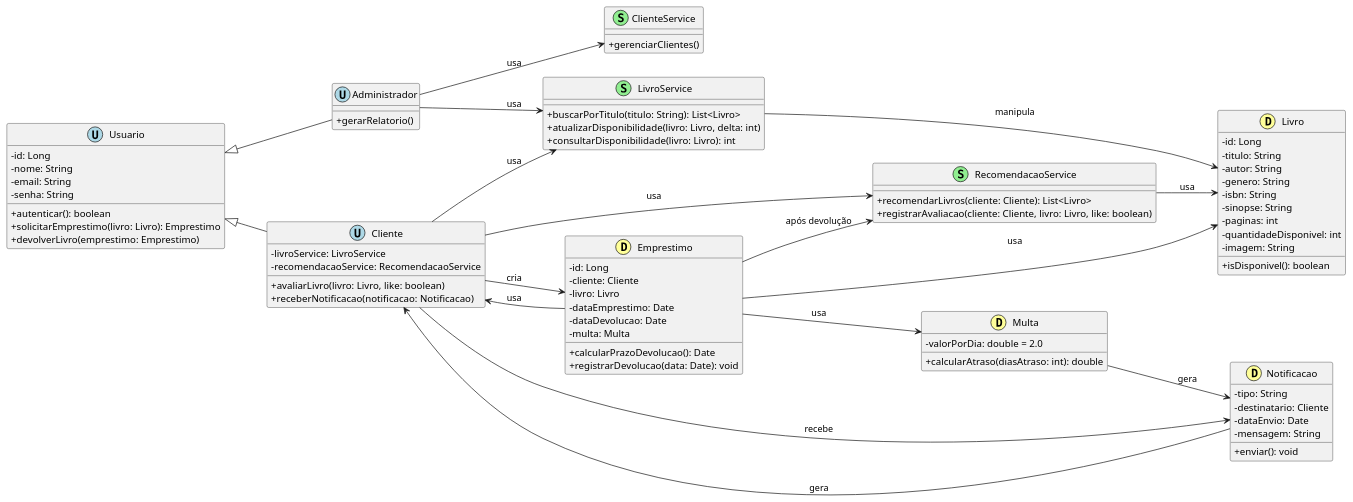
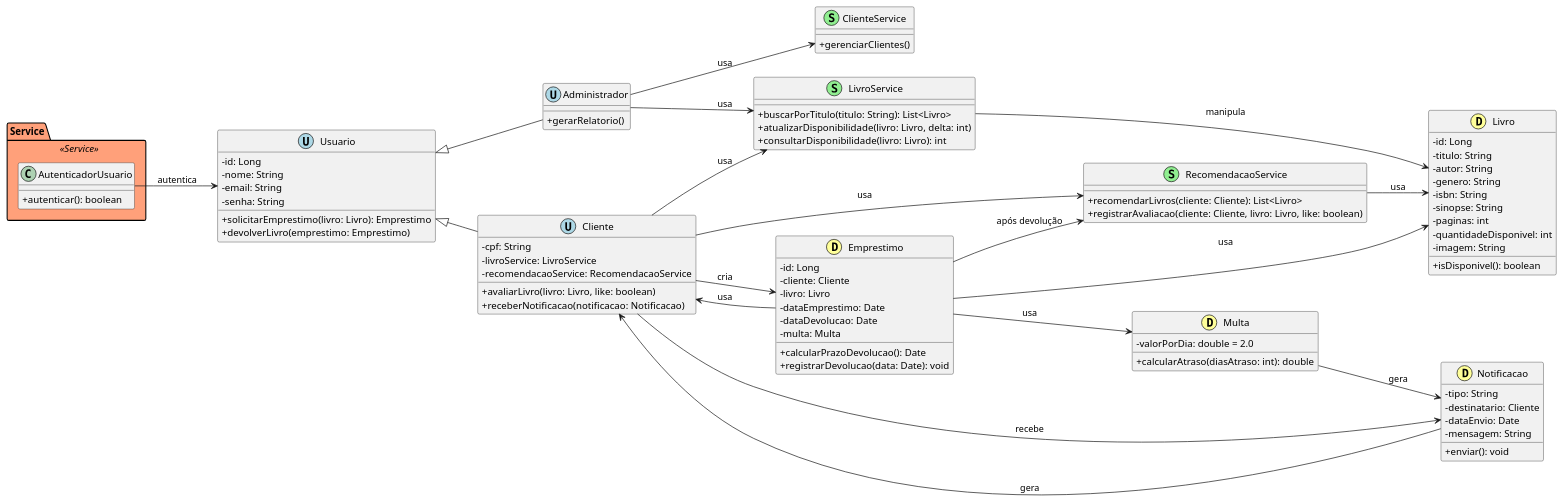
The diagram in docs/uml/class-diagram/class-diagram-2.0.puml (nyckturbina/e-library), drawn with PlantUML before and after one commit. The commit also changed 2 other files, not shown here.

Commit message:
refactor: class-diagram
- cpf

```diff
--- a/docs/uml/class-diagram/class-diagram-2.0.puml
+++ b/docs/uml/class-diagram/class-diagram-2.0.puml
@@ -1,108 +1,120 @@
-@startuml
+@startuml "Diagrama de Classe"
 skinparam classAttributeIconSize 0
 left to right direction
+
+skinparam package {
+    BackgroundColor<<Service>> LightSalmon
+}
+
+package "Service" <<Service>> {
+    class AutenticadorUsuario {
+        +autenticar(): boolean
+    }
+}
 
 ' Estilos por tipo
 ' Usuários - Azul
 class Usuario << (U,#ADD8E6) >> {
     -id: Long
     -nome: String
     -email: String
     -senha: String
-    +autenticar(): boolean
     +solicitarEmprestimo(livro: Livro): Emprestimo
     +devolverLivro(emprestimo: Emprestimo)
 }
 
 class Administrador << (U,#ADD8E6) >> {
     +gerarRelatorio()
 }
 
 class Cliente << (U,#ADD8E6) >> {
+    - cpf: String
     -livroService: LivroService
     -recomendacaoService: RecomendacaoService
     +avaliarLivro(livro: Livro, like: boolean)
     +receberNotificacao(notificacao: Notificacao)
 }
 
 ' Serviços - Verde
 class LivroService << (S,#90EE90) >> {
     +buscarPorTitulo(titulo: String): List<Livro>
     +atualizarDisponibilidade(livro: Livro, delta: int)
     +consultarDisponibilidade(livro: Livro): int
 }
 
 class ClienteService << (S,#90EE90) >> {
     +gerenciarClientes()
 }
 
 class RecomendacaoService << (S,#90EE90) >> {
     +recomendarLivros(cliente: Cliente): List<Livro>
     +registrarAvaliacao(cliente: Cliente, livro: Livro, like: boolean)
 }
 
 ' Domínio - Amarelo
 class Livro << (D,#FFFF99) >> {
     -id: Long
     -titulo: String
     -autor: String
     -genero: String
     -isbn: String
     -sinopse: String
     -paginas: int
     -quantidadeDisponivel: int
     -imagem: String
     +isDisponivel(): boolean
 }
 
 class Emprestimo << (D,#FFFF99) >> {
     -id: Long
     -cliente: Cliente
     -livro: Livro
     -dataEmprestimo: Date
     -dataDevolucao: Date
     -multa: Multa
     +calcularPrazoDevolucao(): Date
     +registrarDevolucao(data: Date): void
 }
 
 class Multa << (D,#FFFF99) >> {
     -valorPorDia: double = 2.0
     +calcularAtraso(diasAtraso: int): double
 }
 
 class Notificacao << (D,#FFFF99) >> {
     -tipo: String
     -destinatario: Cliente
     -dataEnvio: Date
     -mensagem: String
     +enviar(): void
 }
 
 ' Heranças
 Usuario <|-- Administrador
 Usuario <|-- Cliente
 
 ' Relacionamentos
+AutenticadorUsuario --> Usuario : autentica
+
 Administrador --> LivroService : usa
 Administrador --> ClienteService : usa
 
 Cliente --> LivroService : usa
 Cliente --> RecomendacaoService : usa
 Cliente --> Notificacao : recebe
 Cliente --> Emprestimo : cria
 
 Emprestimo --> Livro : usa
 Emprestimo --> Cliente : usa
 Emprestimo --> Multa : usa
 Emprestimo --> RecomendacaoService : "após devolução"
 
 LivroService --> Livro : manipula
 
 Multa --> Notificacao : gera
 
 RecomendacaoService --> Livro : usa
 
 Notificacao --> Cliente : gera
 
 @enduml
```
